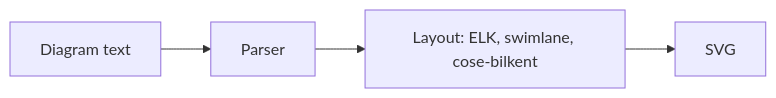
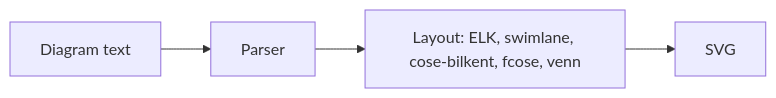
The diagram in README.md (sebastian-software/ferrigura), drawn with Mermaid before and after one commit. The commit also changed other lines of this file and 17 other files, not shown here.

````diff
--- a/README.md
+++ b/README.md
@@ -9,4 +5,4 @@
 ```mermaid
 flowchart LR
-  text[Diagram text] --> parse[Parser] --> layout[Layout: ELK, swimlane, cose-bilkent] --> svg[SVG]
+  text[Diagram text] --> parse[Parser] --> layout[Layout: ELK, swimlane, cose-bilkent, fcose, venn] --> svg[SVG]
 ```
````
